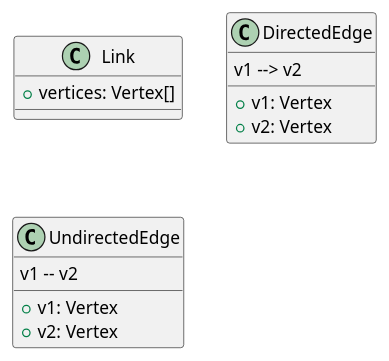
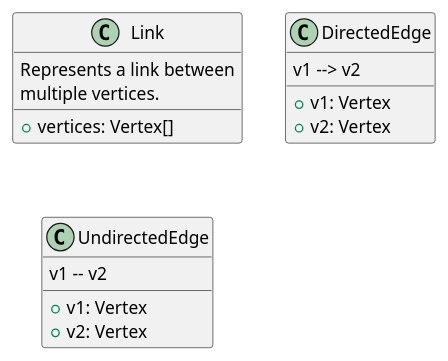
One commit to mishaturnbull/edgegraph changed the diagram in docs/img/links.iuml. Above: the diagram before and after it, drawn with PlantUML. The commit also changed 13 other files, not shown here.

```diff
--- a/docs/img/links.iuml
+++ b/docs/img/links.iuml
@@ -1,21 +1,24 @@
 @startuml
 
 class Link {
+    Represents a link between
+    multiple vertices.
+    __
     {field} +vertices: Vertex[]
 }
 
 class DirectedEdge {
     v1 --> v2
     __
     {field} +v1: Vertex
     {field} +v2: Vertex
 }
 
 class UndirectedEdge {
     v1 -- v2
     __
     {field} +v1: Vertex
     {field} +v2: Vertex
 }
 
 @enduml
```
